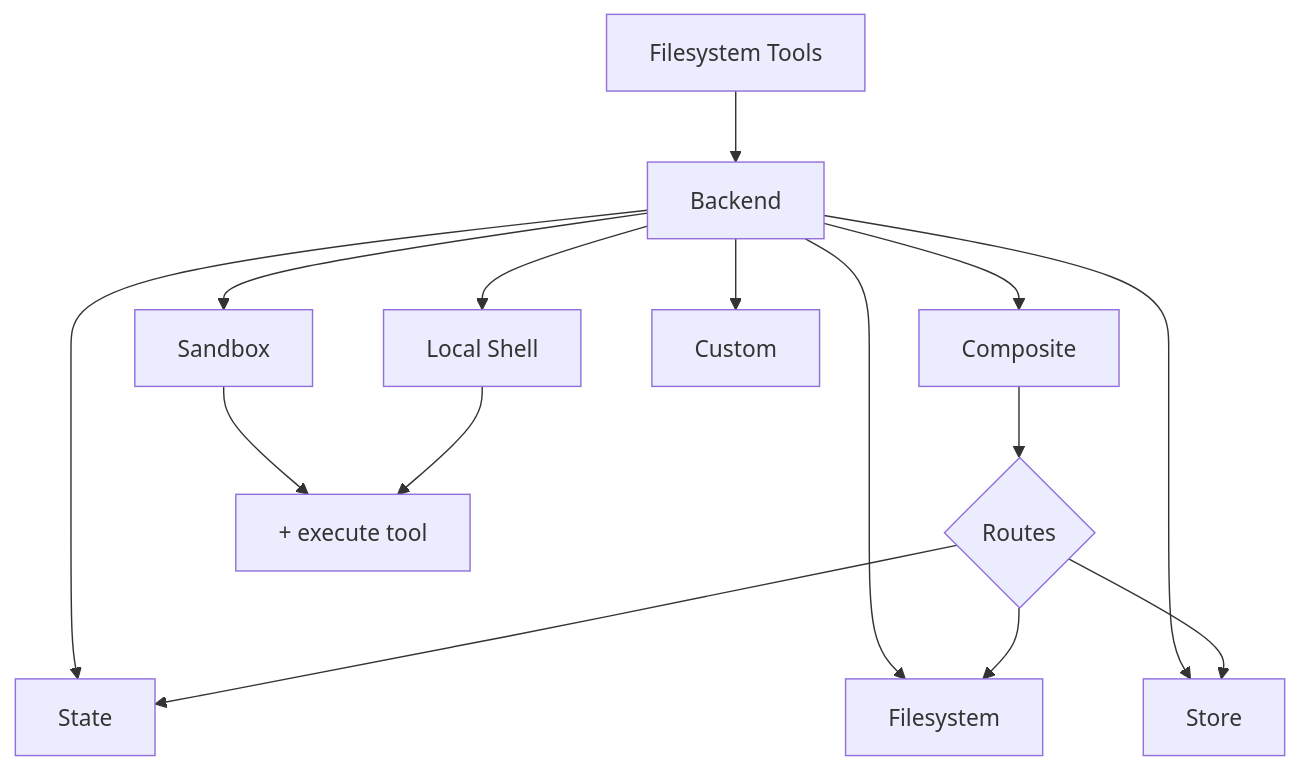
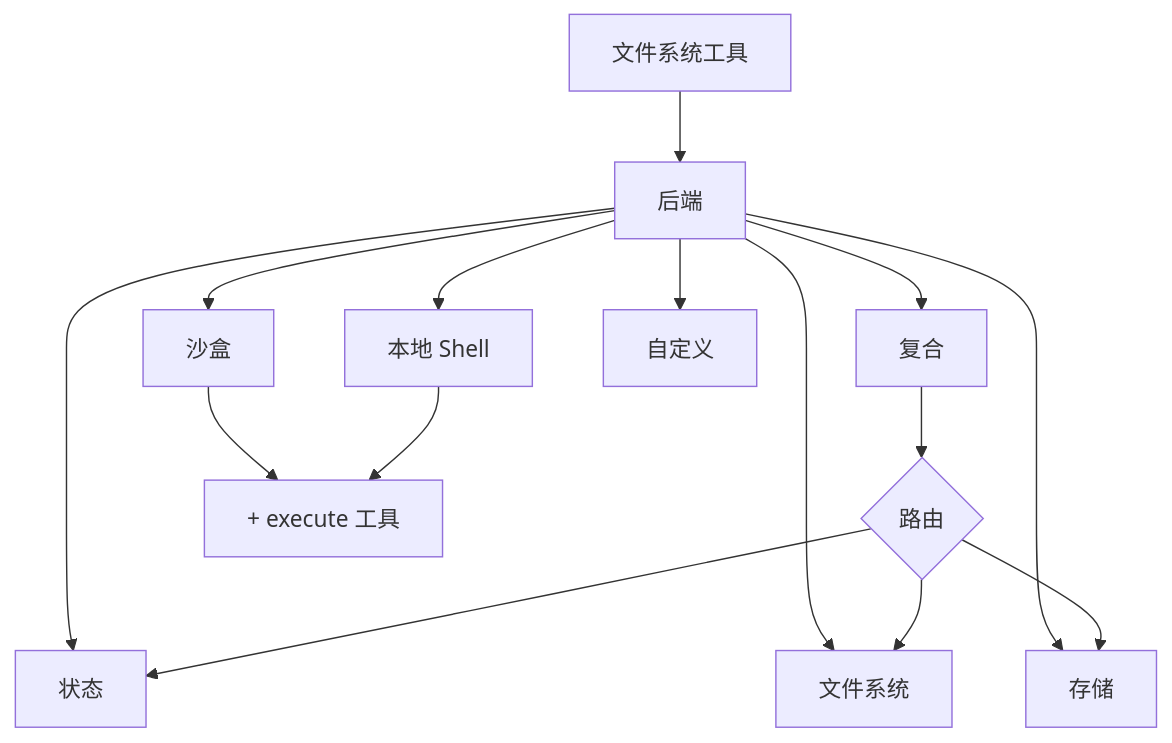
One commit to kunfan96/cndocs-langchain changed the diagram in oss/python/deepagents/backends.mdx. Above: the diagram before and after it, drawn with Mermaid. The commit also changed other lines of this file and 1450 other files, not shown here.

````diff
--- a/oss/python/deepagents/backends.mdx
+++ b/oss/python/deepagents/backends.mdx
@@ -16,20 +16,20 @@
 ```mermaid
 graph TB
-    Tools[Filesystem Tools] --> Backend[Backend]
+    Tools[文件系统工具] --> Backend[后端]
 
-    Backend --> State[State]
-    Backend --> Disk[Filesystem]
-    Backend --> Store[Store]
-    Backend --> Sandbox[Sandbox]
-    Backend --> LocalShell[Local Shell]
-    Backend --> Composite[Composite]
-    Backend --> Custom[Custom]
+    Backend --> State[状态]
+    Backend --> Disk[文件系统]
+    Backend --> Store[存储]
+    Backend --> Sandbox[沙盒]
+    Backend --> LocalShell[本地 Shell]
+    Backend --> Composite[复合]
+    Backend --> Custom[自定义]
 
-    Composite --> Router{Routes}
+    Composite --> Router{路由}
     Router --> State
     Router --> Disk
     Router --> Store
 
-    Sandbox --> Execute["#43; execute tool"]
-    LocalShell --> Execute["#43; execute tool"]
+    Sandbox --> Execute["#43; execute 工具"]
+    LocalShell --> Execute["#43; execute 工具"]
 ```
````
